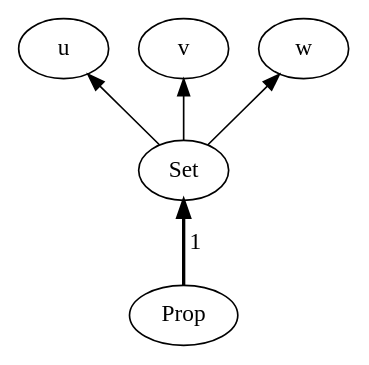
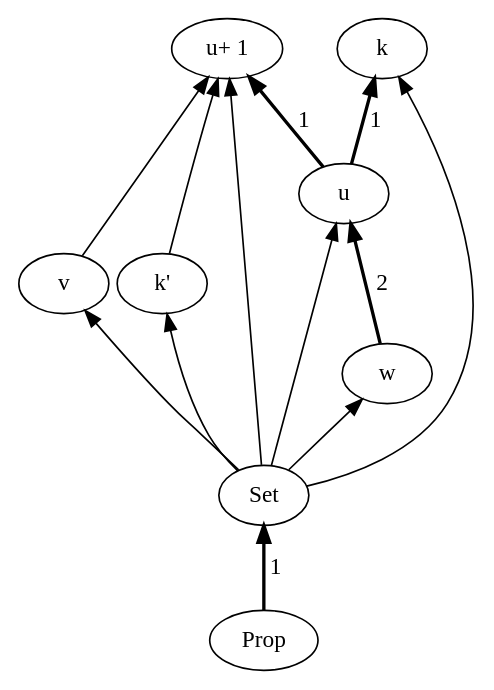
One commit to mattam82/coq changed the diagram in file.dot. Above: the diagram before and after it, drawn with Graphviz. The commit also changed 7 other files, not shown here.

```diff
--- a/file.dot
+++ b/file.dot
@@ -1,6 +1,14 @@
 digraph universes {
   "Set" -> "Prop" [style=bold, dir = back, arrowhead=crow, label=" 1"];
   "u" -> "Set" [style=solid, dir = back, arrowhead=crow];
+  "u+ 1" -> "Set" [style=solid, dir = back, arrowhead=crow];
   "v" -> "Set" [style=solid, dir = back, arrowhead=crow];
   "w" -> "Set" [style=solid, dir = back, arrowhead=crow];
+  "k" -> "Set" [style=solid, dir = back, arrowhead=crow];
+  "k'" -> "Set" [style=solid, dir = back, arrowhead=crow];
+  "u+ 1" -> "u" [style=bold, dir = back, arrowhead=crow, label=" 1"];
+  "k" -> "u" [style=bold, dir = back, arrowhead=crow, label=" 1"];
+  "u+ 1" -> "v" [style=solid, dir = back, arrowhead=crow];
+  "u" -> "w" [style=bold, dir = back, arrowhead=crow, label=" 2"];
+  "u+ 1" -> "k'" [style=solid, dir = back, arrowhead=crow];
 }
```
